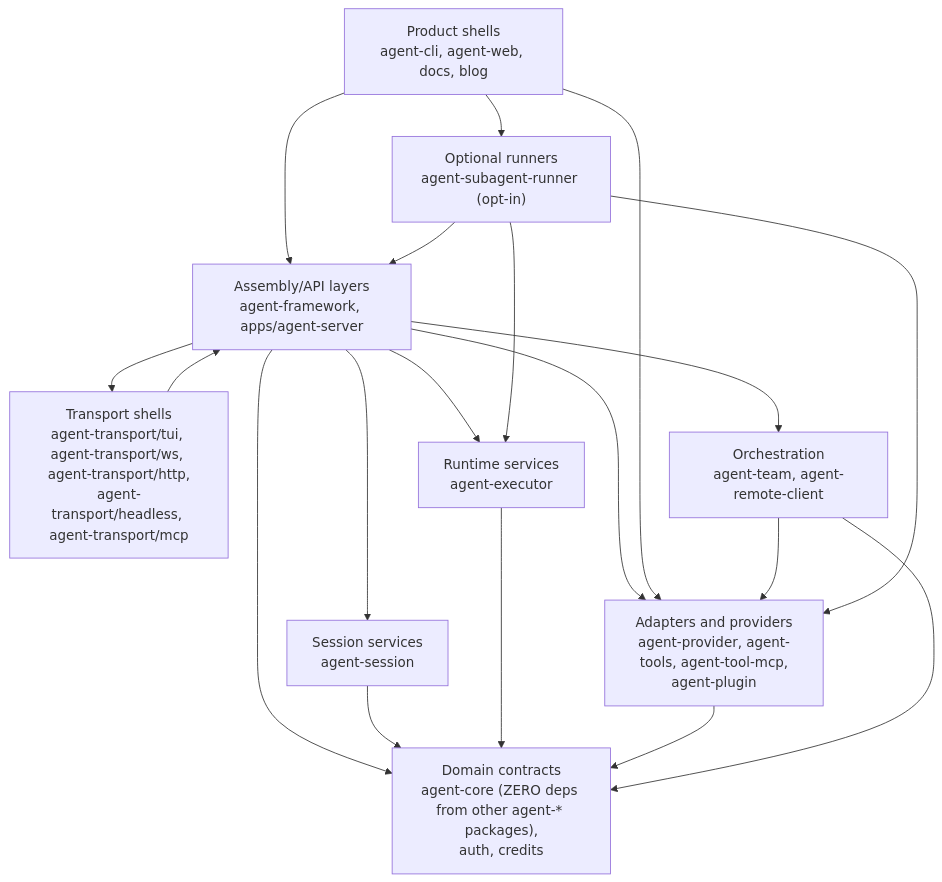
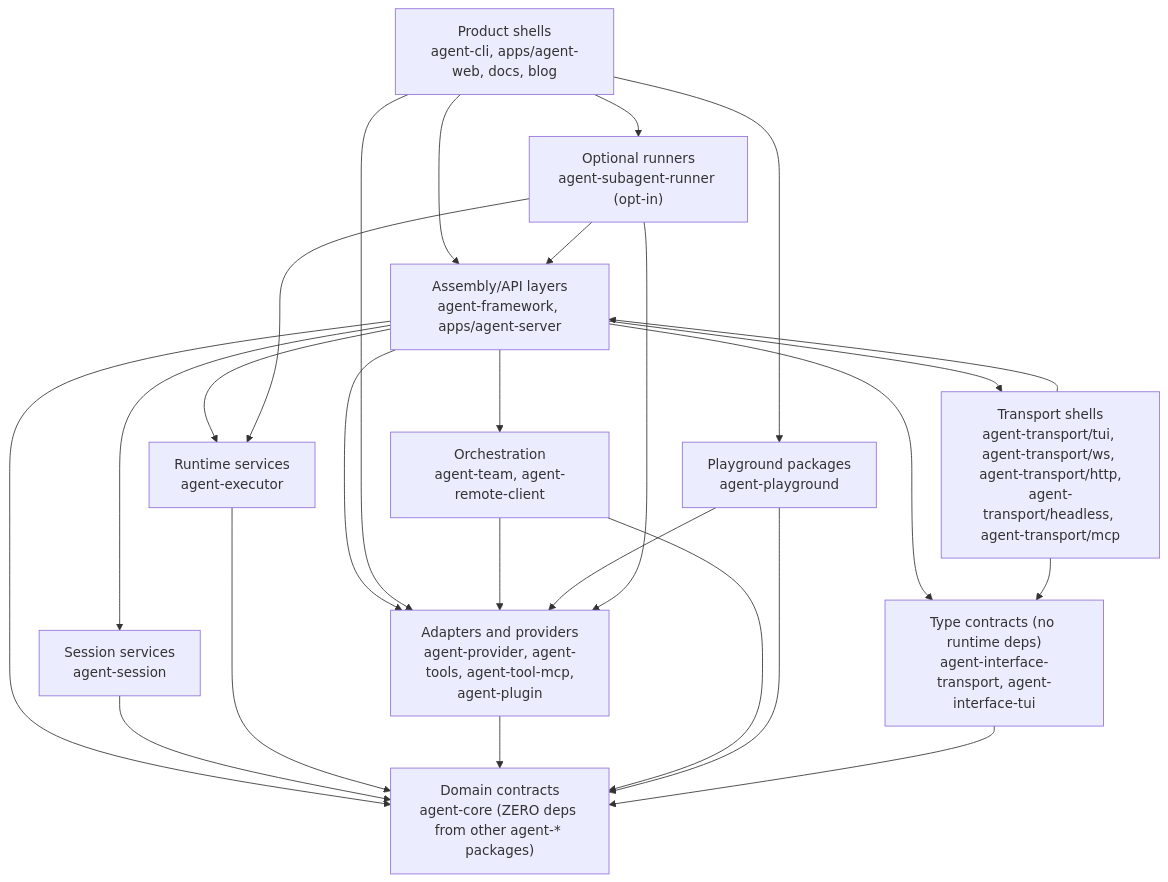
The diagram in .agents/specs/architecture-map/dependency-direction.md (woojubb/robota), drawn with Mermaid before and after one commit. The commit also changed other lines of this file and 18 other files, not shown here.

````diff
--- a/.agents/specs/architecture-map/dependency-direction.md
+++ b/.agents/specs/architecture-map/dependency-direction.md
@@ -9,31 +9,39 @@
 ```mermaid
 flowchart TD
-  ProductShells["Product shells\nagent-cli, agent-web, docs, blog"]
+  ProductShells["Product shells\nagent-cli, apps/agent-web, docs, blog"]
   Assembly["Assembly/API layers\nagent-framework, apps/agent-server"]
   TransportShells["Transport shells\nagent-transport/tui, agent-transport/ws, agent-transport/http,\nagent-transport/headless, agent-transport/mcp"]
   Orchestration["Orchestration\nagent-team, agent-remote-client"]
+  Playground["Playground packages\nagent-playground"]
   Sessions["Session services\nagent-session"]
   Executor["Runtime services\nagent-executor"]
-  Domain["Domain contracts\nagent-core (ZERO deps from other agent-* packages),\nauth, credits"]
+  TypeContracts["Type contracts (no runtime deps)\nagent-interface-transport, agent-interface-tui"]
+  Domain["Domain contracts\nagent-core (ZERO deps from other agent-* packages)"]
   Adapters["Adapters and providers\nagent-provider, agent-tools, agent-tool-mcp,\nagent-plugin"]
   OptIn["Optional runners\nagent-subagent-runner (opt-in)"]
 
   ProductShells --> Assembly
+  ProductShells --> Playground
   Assembly --> Sessions
   Assembly --> Executor
   Assembly --> Domain
+  Assembly --> TypeContracts
   Sessions --> Domain
   Executor --> Domain
   Assembly --> Adapters
   ProductShells --> Adapters
   ProductShells --> OptIn
   Adapters --> Domain
   TransportShells --> Assembly
+  TransportShells --> TypeContracts
   Assembly --> TransportShells
   Orchestration --> Domain
   Orchestration --> Adapters
   Assembly --> Orchestration
+  Playground --> Adapters
+  Playground --> Domain
   OptIn --> Assembly
   OptIn --> Executor
   OptIn --> Adapters
+  TypeContracts --> Domain
 ```
````
